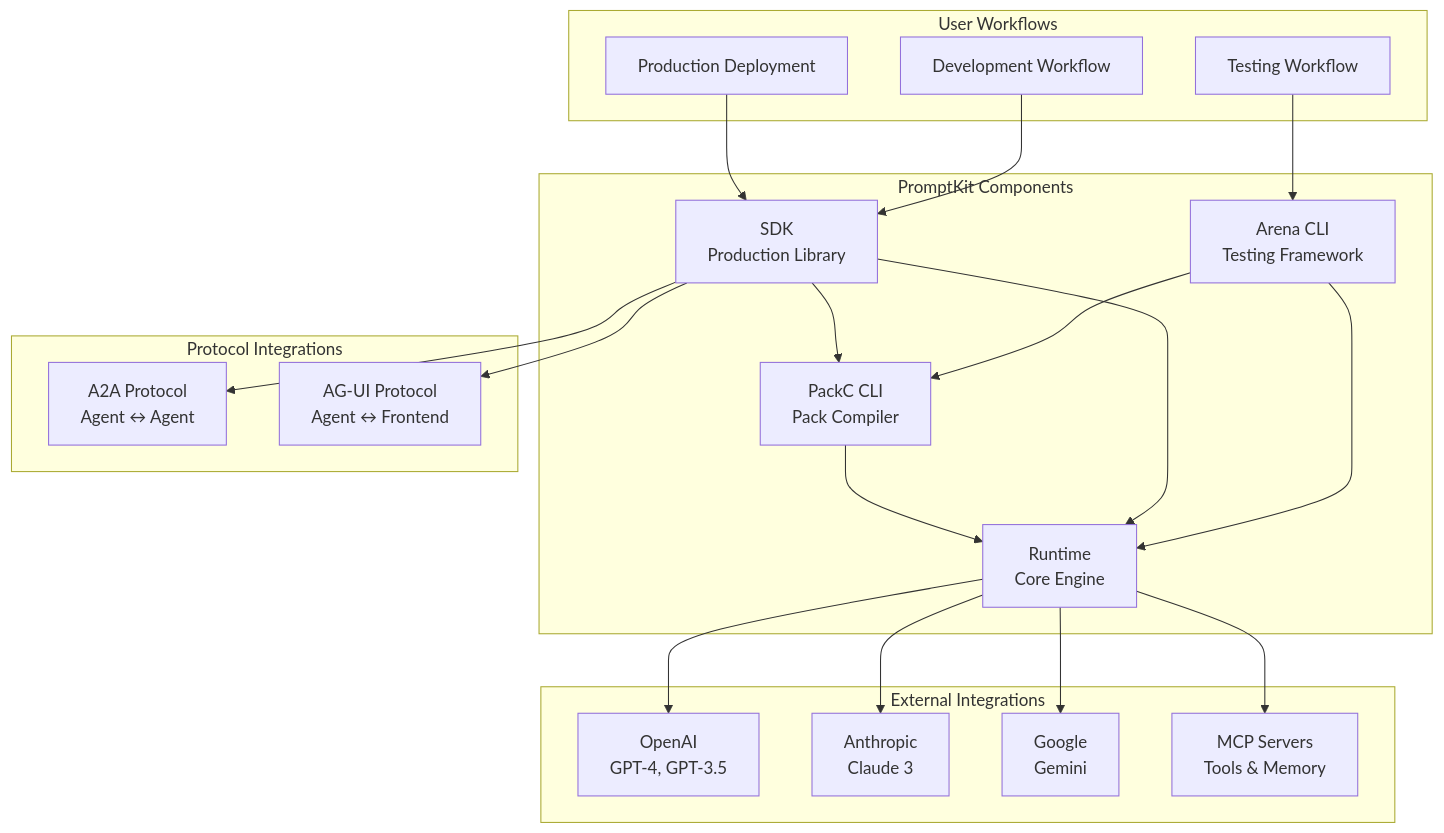
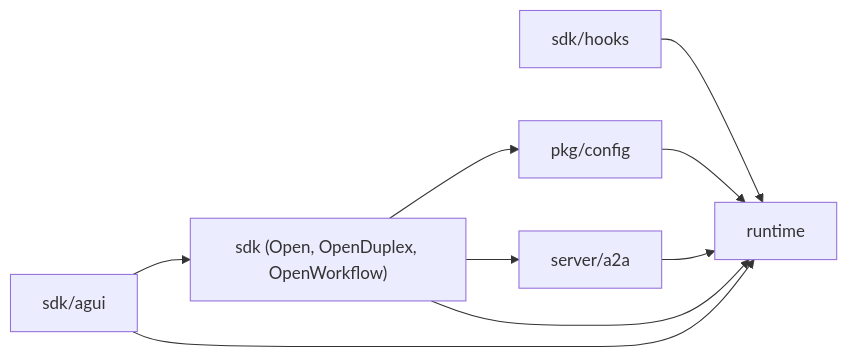
The first of 3 diagrams in docs/src/content/docs/architecture/system-overview.md (AltairaLabs/PromptKit), drawn with Mermaid before and after one commit. The commit also changed other lines of this file and 35 other files, not shown here.

First line of the commit message:
docs: review the explanation and architecture pages against the code (#2343)

````diff
--- a/docs/src/content/docs/architecture/system-overview.md
+++ b/docs/src/content/docs/architecture/system-overview.md
@@ -14,46 +22,18 @@
 ```mermaid
-graph TB
-    subgraph "PromptKit Components"
-        Arena["Arena CLI\nTesting Framework"]
-        PackC["PackC CLI\nPack Compiler"]
-        SDK["SDK\nProduction Library"]
-        Runtime["Runtime\nCore Engine"]
-    end
+graph LR
+    SDK["sdk (Open, OpenDuplex, OpenWorkflow)"]
+    AGUI["sdk/agui"]
+    Hooks["sdk/hooks"]
+    Pkg["pkg/config"]
+    A2A["server/a2a"]
+    Runtime["runtime"]
 
-    subgraph "External Integrations"
-        OpenAI["OpenAI\nGPT-4, GPT-3.5"]
-        Anthropic["Anthropic\nClaude 3"]
-        Google["Google\nGemini"]
-        MCP["MCP Servers\nTools & Memory"]
-    end
-
-    subgraph "Protocol Integrations"
-        A2A["A2A Protocol\nAgent ↔ Agent"]
-        AGUI["AG-UI Protocol\nAgent ↔ Frontend"]
-    end
-
-    subgraph "User Workflows"
-        Testing["Testing Workflow"]
-        Development["Development Workflow"]
-        Production["Production Deployment"]
-    end
-
-    Testing --> Arena
-    Development --> SDK
-    Production --> SDK
-
-    Arena --> Runtime
+    SDK --> Pkg
+    SDK --> A2A
     SDK --> Runtime
-    PackC --> Runtime
-
-    Runtime --> OpenAI
-    Runtime --> Anthropic
-    Runtime --> Google
-    Runtime --> MCP
-
-    SDK --> A2A
-    SDK --> AGUI
-
-    Arena --> PackC
-    SDK --> PackC
+    AGUI --> SDK
+    Hooks --> Runtime
+    AGUI --> Runtime
+    Pkg --> Runtime
+    A2A --> Runtime
 ```
````
